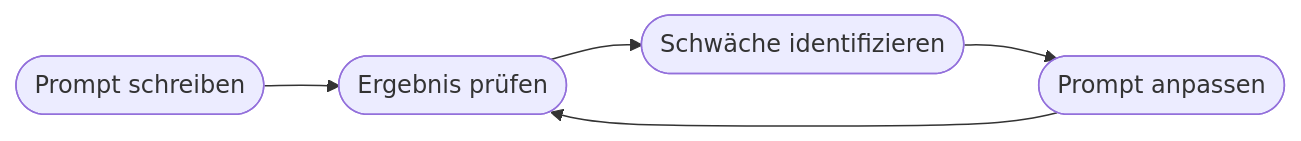
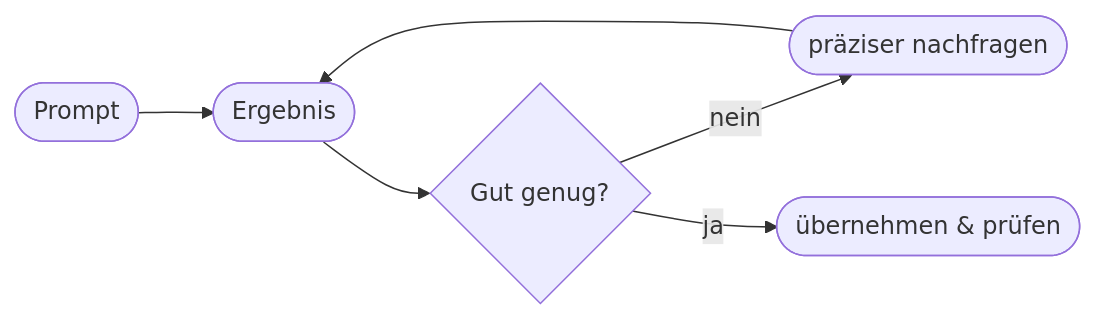
Before and after one commit to Qualidy/Prompt-Engineering-KI-in-der-Arbeitswelt: the second of 2 diagrams in docs/content/kapitel14.md, drawn with Mermaid. The commit also changed other lines of this file and 80 other files, not shown here.

````diff
--- a/docs/content/kapitel14.md
+++ b/docs/content/kapitel14.md
@@ -74,7 +102,6 @@
 ```mermaid
 flowchart LR
-    A([Prompt schreiben]) --> B([Ergebnis prüfen])
-    B --> C([Schwäche identifizieren])
-    C --> D([Prompt anpassen])
-    D --> B
+    A([Prompt]) --> B([Ergebnis]) --> C{Gut genug?}
+    C -->|nein| D([präziser nachfragen]) --> B
+    C -->|ja| E([übernehmen & prüfen])
 ```
````
